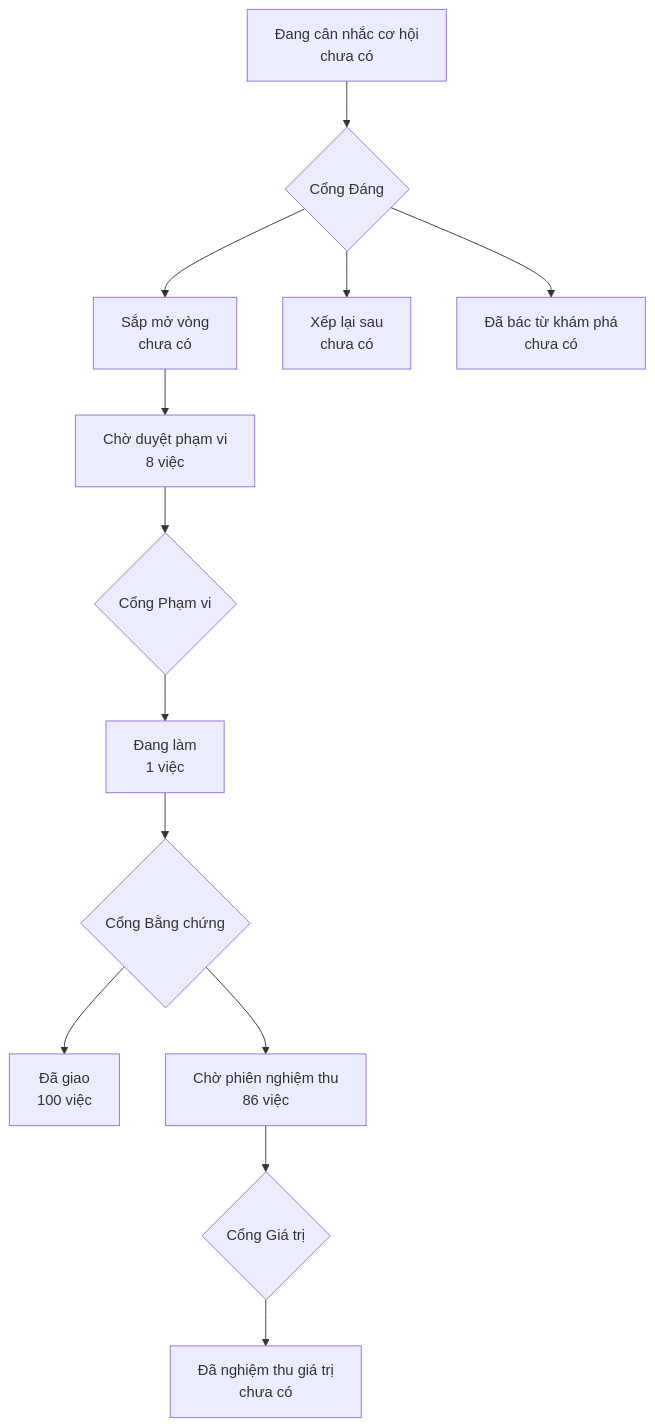
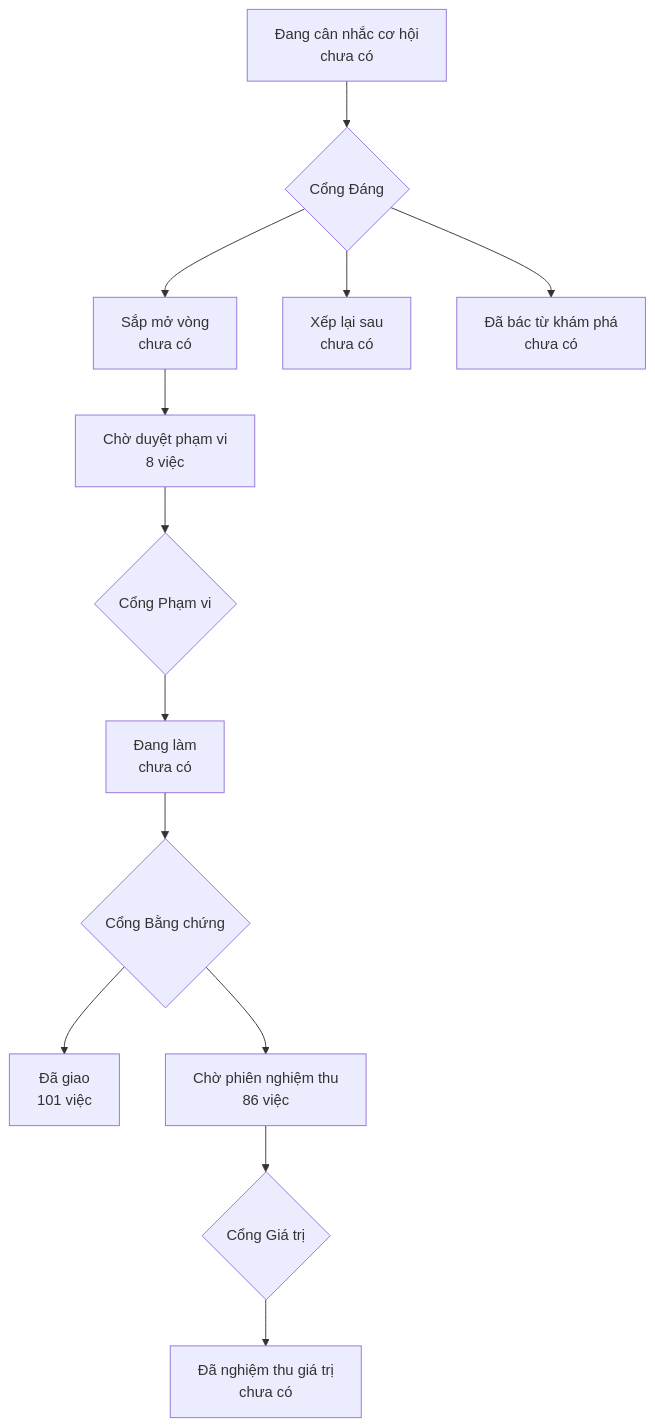
The diagram in PRODUCT-MAP.md (phanlemanh/onehub-invest), drawn with Mermaid before and after one commit. The commit also changed other lines of this file and 4 other files, not shown here.

````diff
--- a/PRODUCT-MAP.md
+++ b/PRODUCT-MAP.md
@@ -7,12 +7,12 @@
 ```mermaid
 flowchart TD
   A["Đang cân nhắc cơ hội<br/>chưa có"] --> GD{"Cổng Đáng"}
   GD --> B["Sắp mở vòng<br/>chưa có"]
   GD --> XL["Xếp lại sau<br/>chưa có"]
   GD --> DB["Đã bác từ khám phá<br/>chưa có"]
   B --> CD["Chờ duyệt phạm vi<br/>8 việc"] --> GP{"Cổng Phạm vi"}
-  GP --> DL["Đang làm<br/>1 việc"] --> GB{"Cổng Bằng chứng"}
-  GB --> DG["Đã giao<br/>100 việc"]
+  GP --> DL["Đang làm<br/>chưa có"] --> GB{"Cổng Bằng chứng"}
+  GB --> DG["Đã giao<br/>101 việc"]
   GB --> CN["Chờ phiên nghiệm thu<br/>86 việc"] --> GG{"Cổng Giá trị"}
   GG --> NT["Đã nghiệm thu giá trị<br/>chưa có"]
 ```
````
